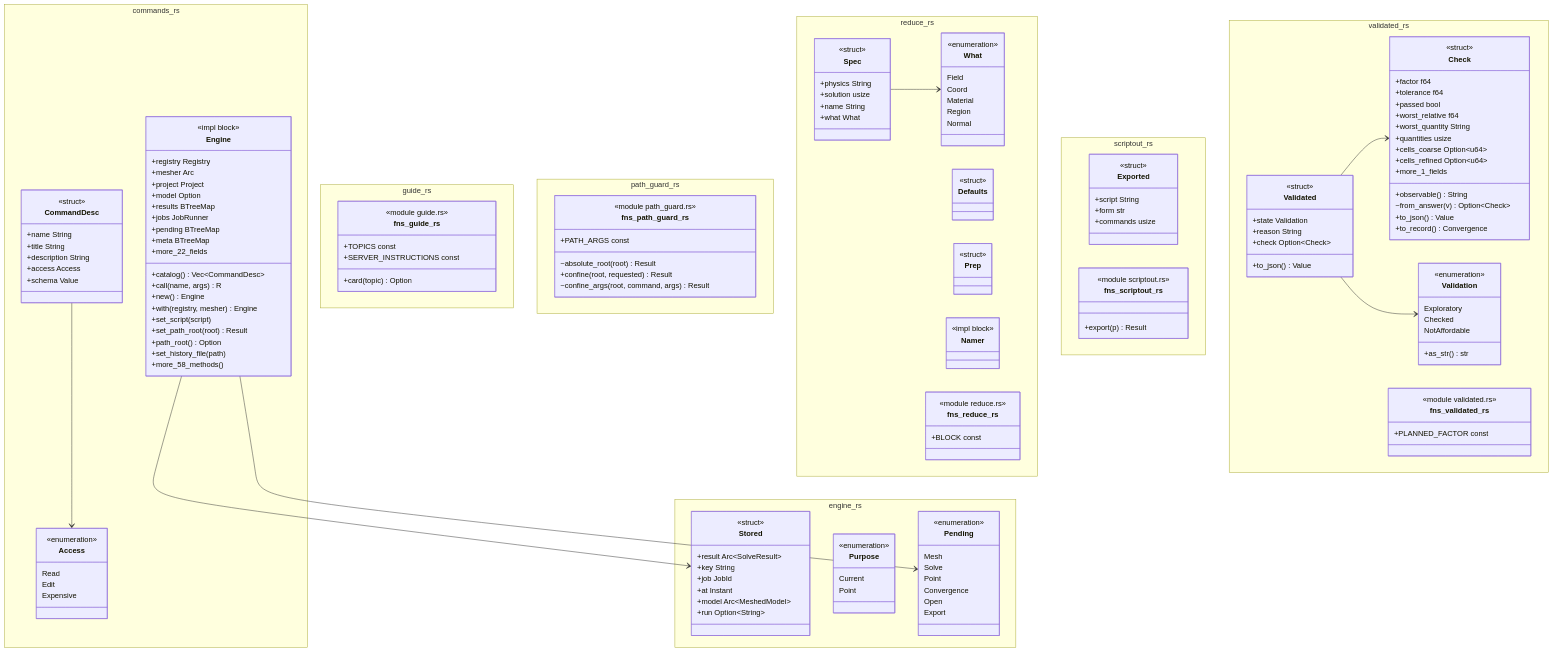
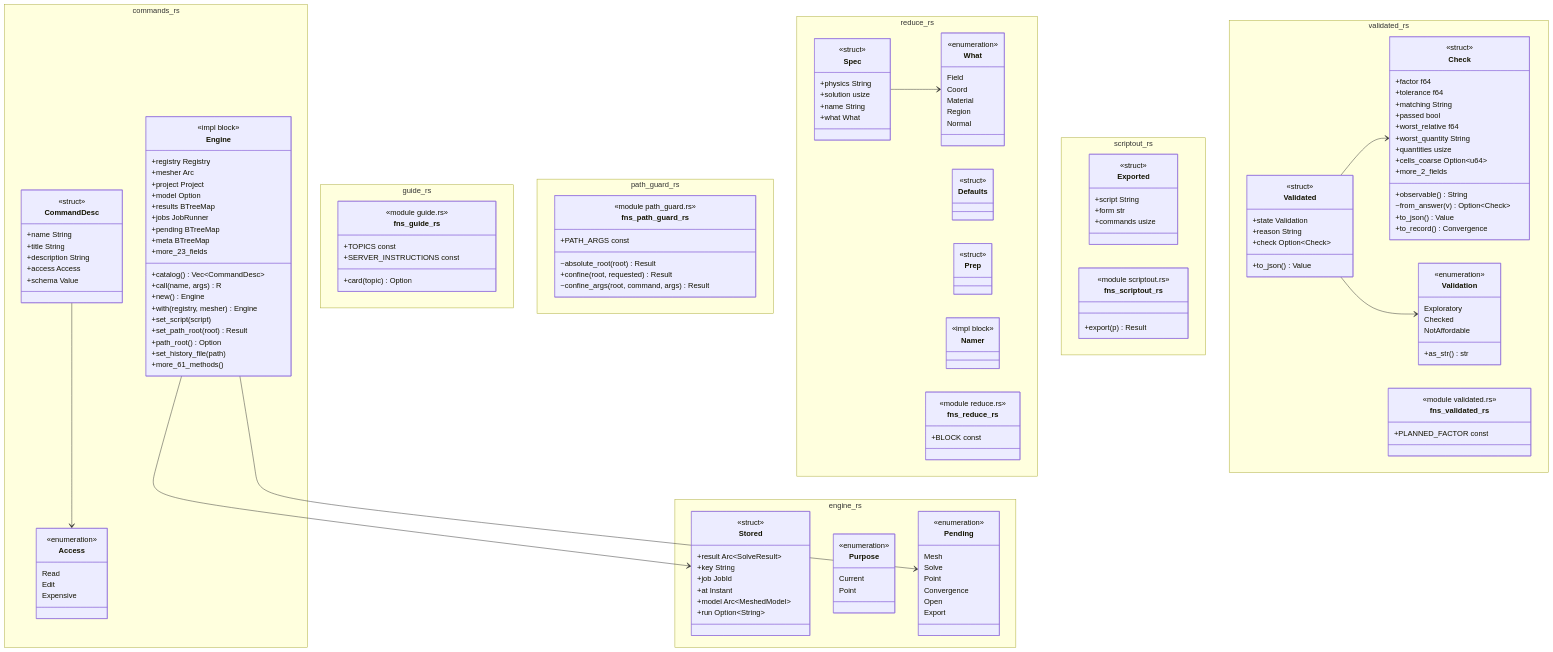
Before and after one commit to p-j-r/nyx: the diagram in docs/architecture/c4/4-code/engine/commands.md, drawn with Mermaid. The commit also changed other lines of this file and 150 other files, not shown here.

```diff
--- a/docs/architecture/c4/4-code/engine/commands.md
+++ b/docs/architecture/c4/4-code/engine/commands.md
@@ -87,7 +89,7 @@
         +jobs JobRunner
         +pending BTreeMap
         +meta BTreeMap
-        +more_22_fields
+        +more_23_fields
         +catalog() Vec~CommandDesc~
         +call(name, args) R
         +new() Engine
@@ -96,7 +98,7 @@
         +set_path_root(root) Result
         +path_root() Option
         +set_history_file(path)
-        +more_58_methods()
+        +more_61_methods()
     }
   }
   namespace engine_rs {
@@ -188,13 +190,13 @@
         <<struct>>
         +factor f64
         +tolerance f64
+        +matching String
         +passed bool
         +worst_relative f64
         +worst_quantity String
         +quantities usize
         +cells_coarse Option~u64~
-        +cells_refined Option~u64~
-        +more_1_fields
+        +more_2_fields
         +observable() String
         ~from_answer(v) Option~Check~
         +to_json() Value
```
